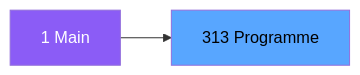
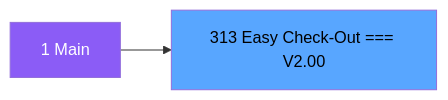
One commit to thonyAGP/magic-migration changed the second of 3 diagrams in .openspec/specs/ADH-IDE-313.md. Above: the diagram before and after it, drawn with Mermaid. The commit also changed other lines of this file and 323 other files, not shown here.

````diff
--- a/.openspec/specs/ADH-IDE-313.md
+++ b/.openspec/specs/ADH-IDE-313.md
@@ -125,8 +140,8 @@
 ```mermaid
 graph LR
     M[1 Main]
-    T[313 Programme]
+    T[313 Easy Check-Out === V2.00]
     M --> T
     style M fill:#8b5cf6,color:#fff
     style T fill:#58a6ff,color:#000
 ```
````
